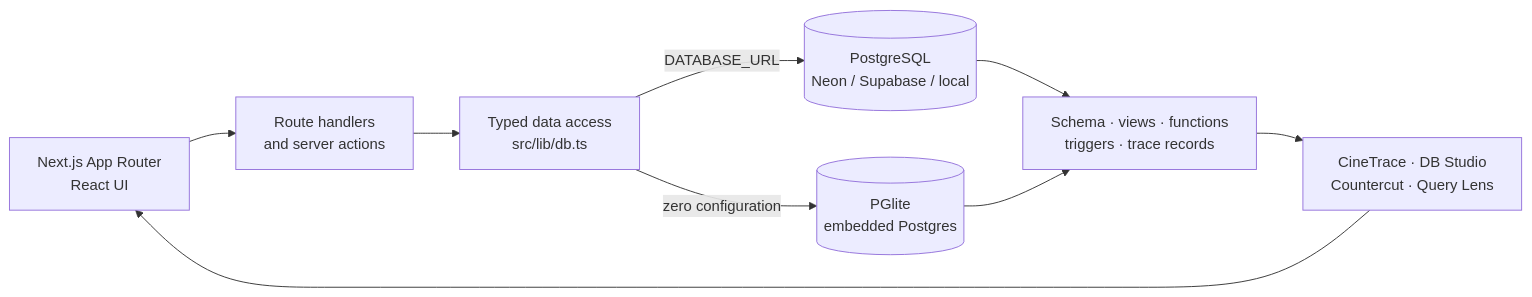
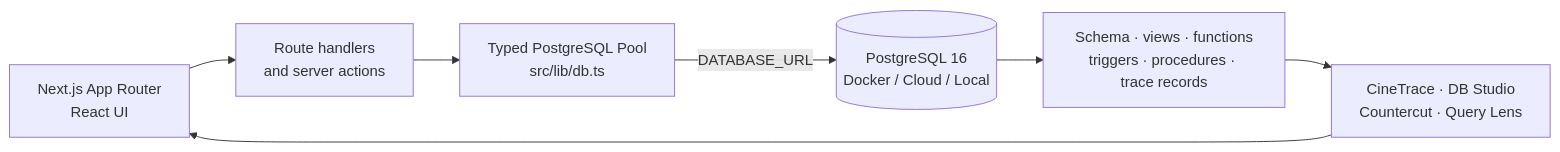
The second of 2 diagrams in README.md (sahib-1030/new_cineverse_sahib), drawn with Mermaid before and after one commit. The commit also changed other lines of this file, not shown here.

Commit message:
docs: update architecture and setup documentation for PostgreSQL 16 and Docker Compose

````diff
--- a/README.md
+++ b/README.md
@@ -112,11 +112,9 @@
 ```mermaid
 flowchart LR
     UI[Next.js App Router<br/>React UI] --> API[Route handlers<br/>and server actions]
-    API --> DAL[Typed data access<br/>src/lib/db.ts]
-    DAL -->|zero configuration| PGLITE[(PGlite<br/>embedded Postgres)]
-    DAL -->|DATABASE_URL| POSTGRES[(PostgreSQL<br/>Neon / Supabase / local)]
-    POSTGRES --> DB[Schema · views · functions<br/>triggers · trace records]
-    PGLITE --> DB
+    API --> DAL[Typed PostgreSQL Pool<br/>src/lib/db.ts]
+    DAL -->|DATABASE_URL| POSTGRES[(PostgreSQL 16<br/>Docker / Cloud / Local)]
+    POSTGRES --> DB[Schema · views · functions<br/>triggers · procedures · trace records]
     DB --> TRACE[CineTrace · DB Studio<br/>Countercut · Query Lens]
     TRACE --> UI
 ```
````
